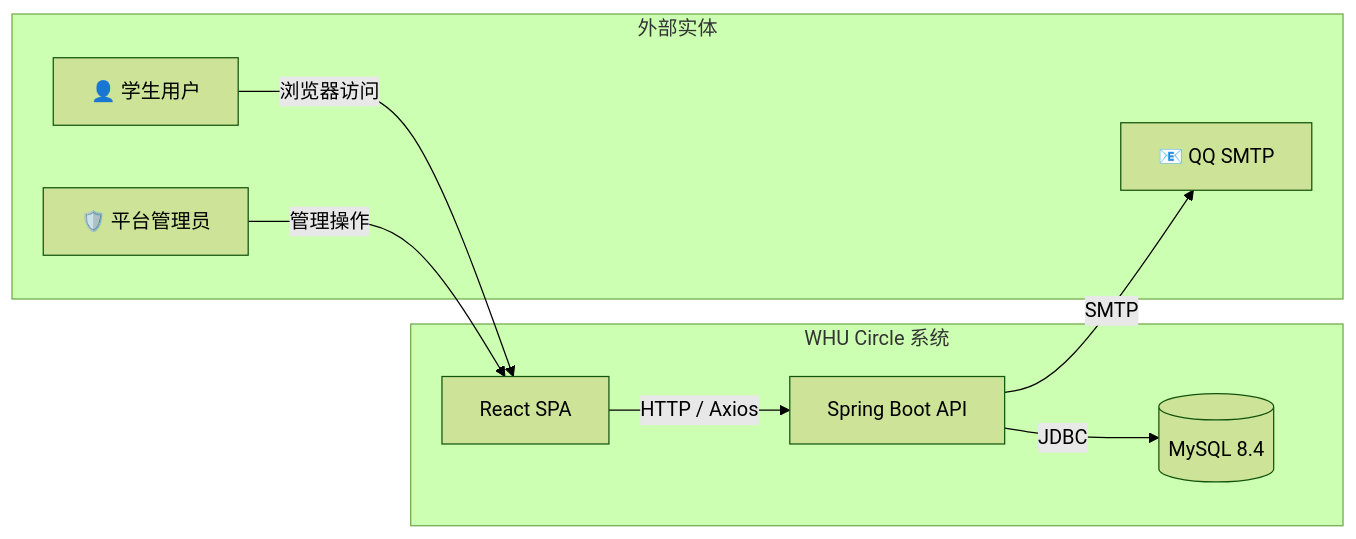
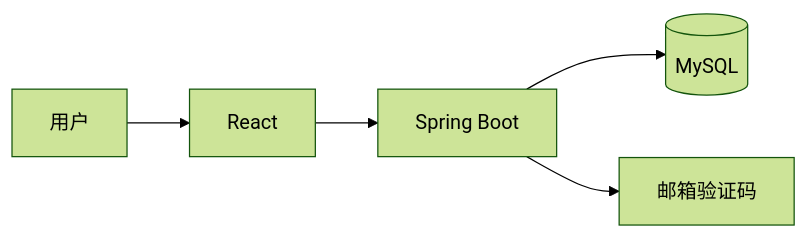
Before and after one commit to oliviawxx/whucircle: the first of 10 diagrams in WHU_Circle_需求建模文档.md, drawn with Mermaid (forest theme). The commit also changed other lines of this file and 16 other files, not shown here.

````diff
--- a/WHU_Circle_需求建模文档.md
+++ b/WHU_Circle_需求建模文档.md
@@ -9,18 +9,7 @@
 ```mermaid
-graph LR
-    subgraph External["外部实体"]
-        U["👤 学生用户"]
-        A["🛡️ 平台管理员"]
-        M["📧 QQ SMTP"]
-    end
-    subgraph WHU["WHU Circle 系统"]
-        FE["React SPA"]
-        BE["Spring Boot API"]
-        DB[("MySQL 8.4")]
-    end
-    U -->|浏览器访问| FE
-    A -->|管理操作| FE
-    FE -->|HTTP / Axios| BE
-    BE -->|SMTP| M
-    BE -->|JDBC| DB
+flowchart LR
+    U["用户"] --> FE["React"]
+    FE --> API["Spring Boot"]
+    API --> DB[("MySQL")]
+    API --> SMTP["邮箱验证码"]
 ```
````
